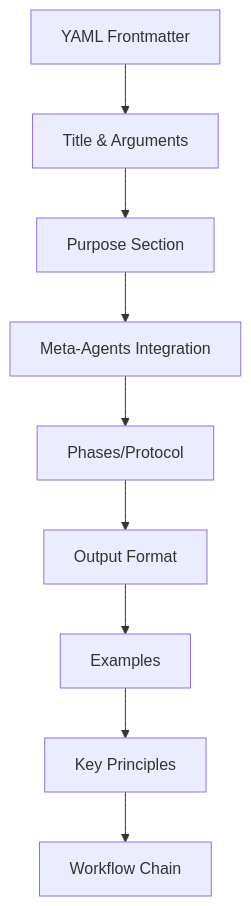
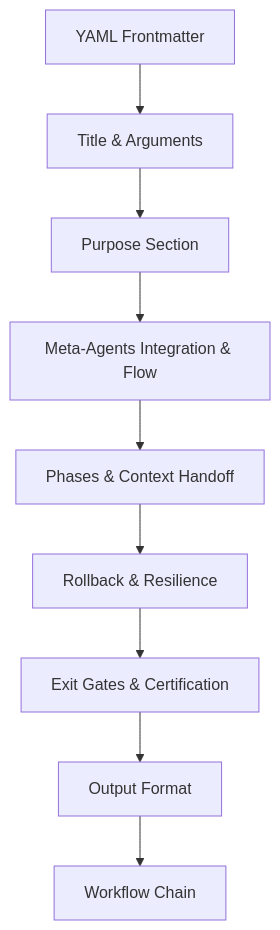
Before and after one commit to pikakit/agent-skills: the diagram in docs/WORKFLOW_DESIGN_GUIDE.md, drawn with Mermaid. The commit also changed other lines of this file and 488 other files, not shown here.

````diff
--- a/docs/WORKFLOW_DESIGN_GUIDE.md
+++ b/docs/WORKFLOW_DESIGN_GUIDE.md
@@ -9,11 +9,11 @@
 ```mermaid
 graph TD
     A[YAML Frontmatter] --> B[Title & Arguments]
     B --> C[Purpose Section]
-    C --> D[Meta-Agents Integration]
-    D --> E[Phases/Protocol]
-    E --> F[Output Format]
-    F --> G[Examples]
-    G --> H[Key Principles]
+    C --> D[Meta-Agents Integration & Flow]
+    D --> E[Phases & Context Handoff]
+    E --> F[Rollback & Resilience]
+    F --> G[Exit Gates & Certification]
+    G --> H[Output Format]
     H --> I[Workflow Chain]
 ```
````
